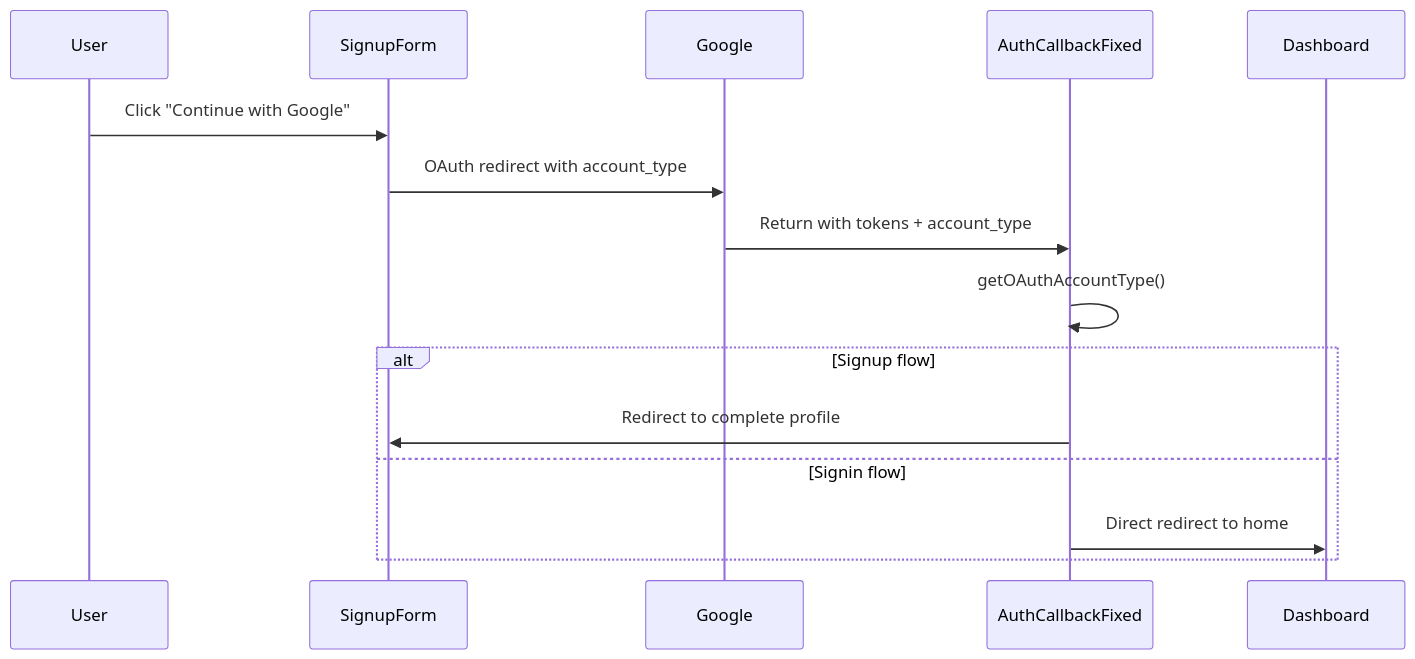
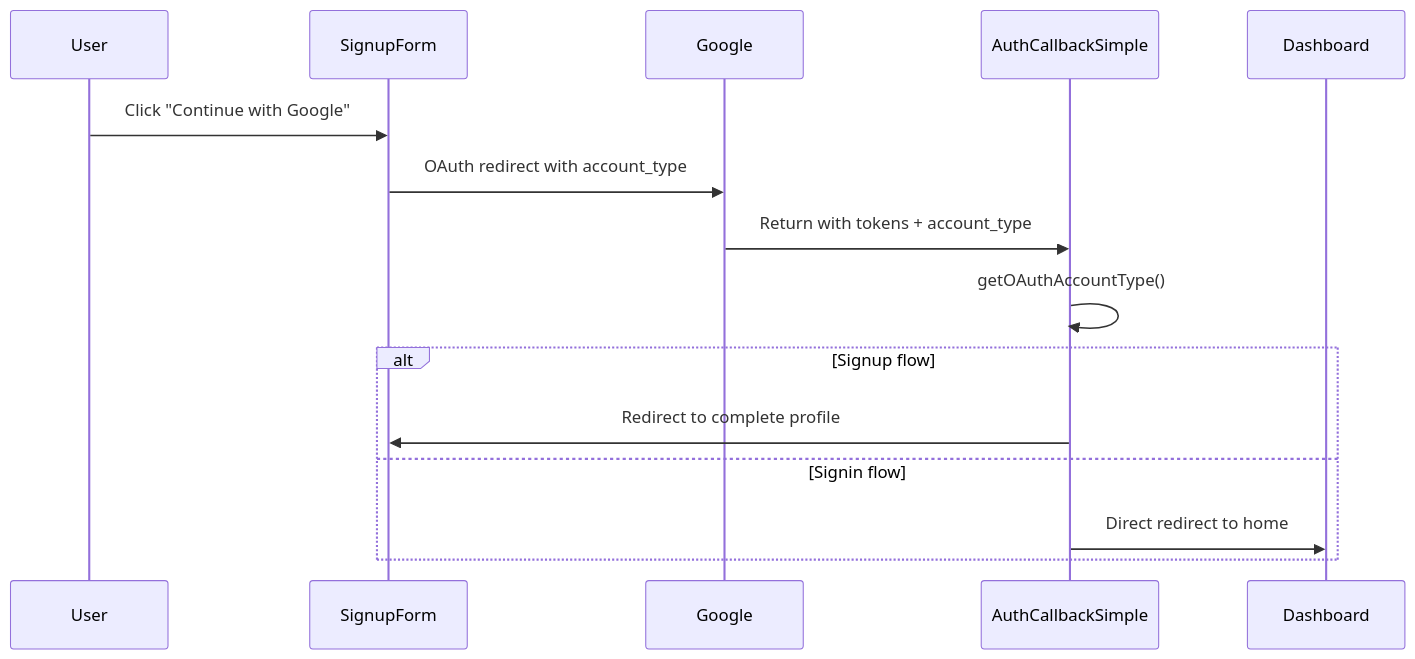
One commit to creepyblues/kstorybridge-integrated changed the second of 2 diagrams in AUTH_DOCUMENTATION.md. Above: the diagram before and after it, drawn with Mermaid. The commit also changed other lines of this file, not shown here.

First line of the commit message:
docs: Update AUTH_DOCUMENTATION.md to reflect OAuth session passing fix

````diff
--- a/AUTH_DOCUMENTATION.md
+++ b/AUTH_DOCUMENTATION.md
@@ -332,12 +332,12 @@
 ```mermaid
 sequenceDiagram
     User->>SignupForm: Click "Continue with Google"
     SignupForm->>Google: OAuth redirect with account_type
-    Google->>AuthCallbackFixed: Return with tokens + account_type
-    AuthCallbackFixed->>AuthCallbackFixed: getOAuthAccountType()
+    Google->>AuthCallbackSimple: Return with tokens + account_type
+    AuthCallbackSimple->>AuthCallbackSimple: getOAuthAccountType()
     alt Signup flow
-        AuthCallbackFixed->>SignupForm: Redirect to complete profile
+        AuthCallbackSimple->>SignupForm: Redirect to complete profile
     else Signin flow
-        AuthCallbackFixed->>Dashboard: Direct redirect to home
+        AuthCallbackSimple->>Dashboard: Direct redirect to home
     end
 ```
````
